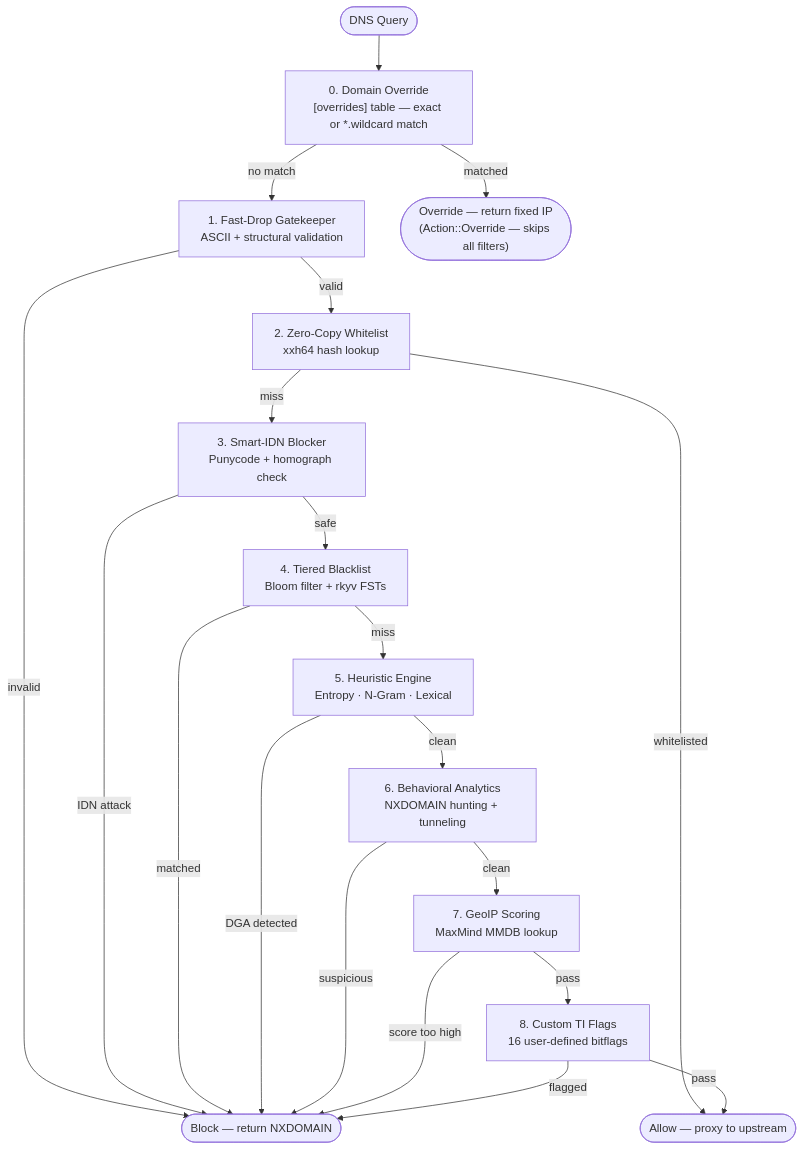
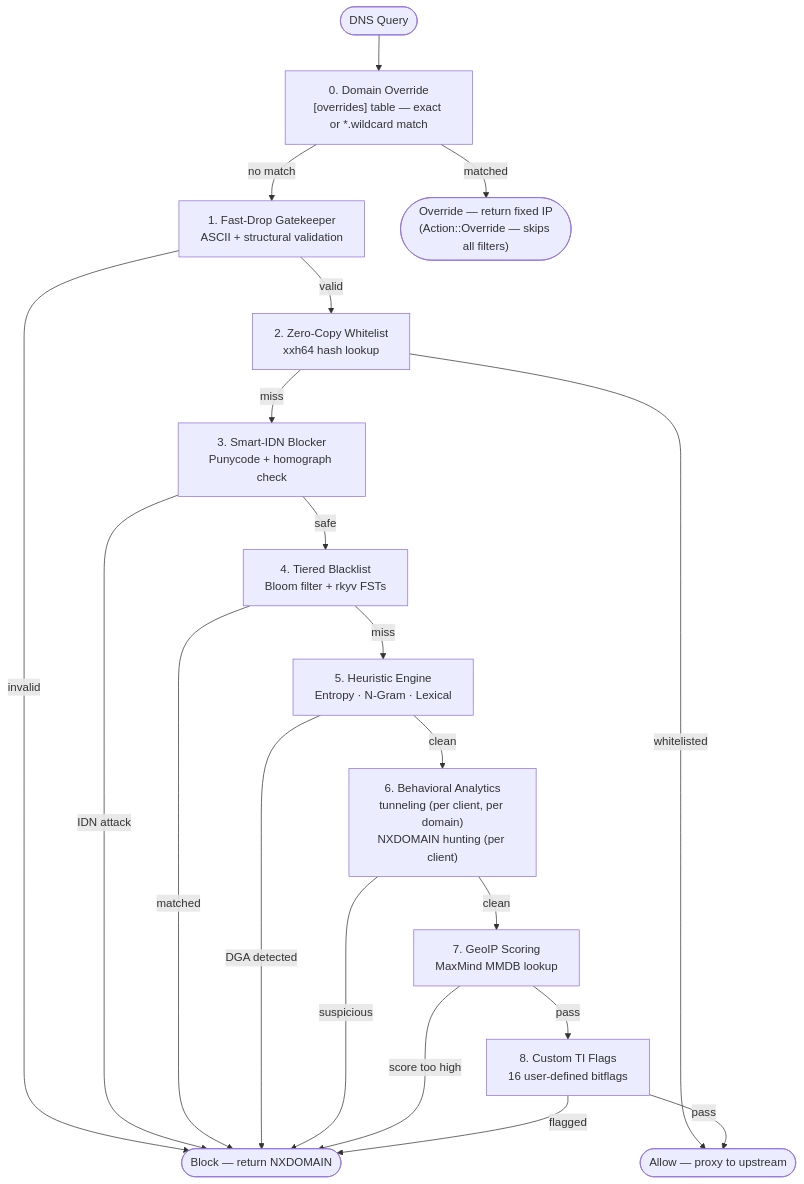
One commit to slundi/dgaard changed the second of 6 diagrams in docs/Architecture.md. Above: the diagram before and after it, drawn with Mermaid. The commit also changed other lines of this file and 18 other files, not shown here.

First line of the commit message:
feat: implement behavioral analytics, HotCache, QNAME minimisation and NS fanout

````diff
--- a/docs/Architecture.md
+++ b/docs/Architecture.md
@@ -37,37 +37,37 @@
 ```mermaid
 flowchart TD
     IN([DNS Query]) --> S0
 
     S0["0. Domain Override<br/>[overrides] table — exact or *.wildcard match"]
     S1["1. Fast-Drop Gatekeeper<br/>ASCII + structural validation"]
     S2["2. Zero-Copy Whitelist<br/>xxh64 hash lookup"]
     S3["3. Smart-IDN Blocker<br/>Punycode + homograph check"]
     S4["4. Tiered Blacklist<br/>Bloom filter + rkyv FSTs"]
     S5["5. Heuristic Engine<br/>Entropy · N-Gram · Lexical"]
-    S6["6. Behavioral Analytics<br/>NXDOMAIN hunting + tunneling"]
+    S6["6. Behavioral Analytics<br/>tunneling (per client, per domain)<br/>NXDOMAIN hunting (per client)"]
     S7["7. GeoIP Scoring<br/>MaxMind MMDB lookup"]
     S8["8. Custom TI Flags<br/>16 user-defined bitflags"]
 
     OVERRIDE(["Override — return fixed IP<br/>(Action::Override — skips all filters)"])
     BLOCK(["Block — return NXDOMAIN"])
     ALLOW(["Allow — proxy to upstream"])
 
     S0 -->|matched| OVERRIDE
     S0 -->|no match| S1
     S1 -->|invalid| BLOCK
     S1 -->|valid| S2
     S2 -->|whitelisted| ALLOW
     S2 -->|miss| S3
     S3 -->|IDN attack| BLOCK
     S3 -->|safe| S4
     S4 -->|matched| BLOCK
     S4 -->|miss| S5
     S5 -->|DGA detected| BLOCK
     S5 -->|clean| S6
     S6 -->|suspicious| BLOCK
     S6 -->|clean| S7
     S7 -->|score too high| BLOCK
     S7 -->|pass| S8
     S8 -->|flagged| BLOCK
     S8 -->|pass| ALLOW
 ```
````
